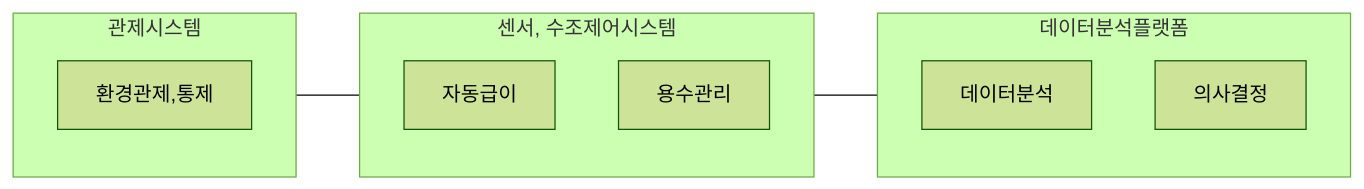
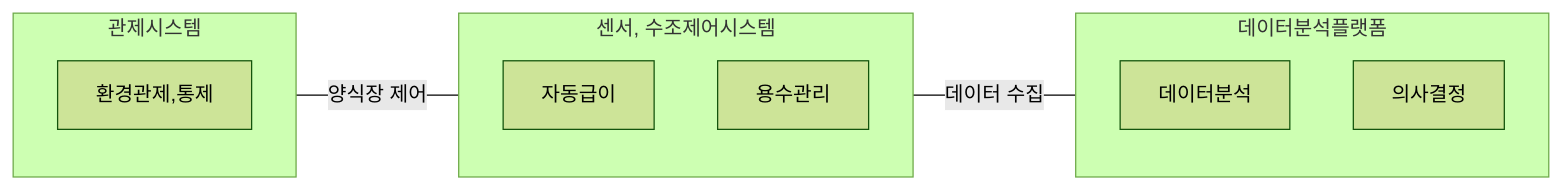
The diagram in blog/pe/conv/smart-aqua-farming.md (gracefullight/gracefullight.github.io), drawn with Mermaid (forest theme) before and after one commit. The commit also changed 1 other file, not shown here.

Commit message:
docs: 📚️ fix

````diff
--- a/blog/pe/conv/smart-aqua-farming.md
+++ b/blog/pe/conv/smart-aqua-farming.md
@@ -19,18 +19,18 @@
 ```mermaid
 graph LR
-  관제시스템 --- 센서_수조제어시스템 --- 데이터분석플랫폼
+  관제시스템 ---|양식장 제어| 센서_수조제어시스템 ---|데이터 수집| 데이터분석플랫폼
 
   subgraph 관제시스템
     환경관제,통제
   end
 
   subgraph 센서_수조제어시스템[센서, 수조제어시스템]
     자동급이
     용수관리
   end
 
   subgraph 데이터분석플랫폼
     데이터분석
     의사결정
   end
 ```
````
